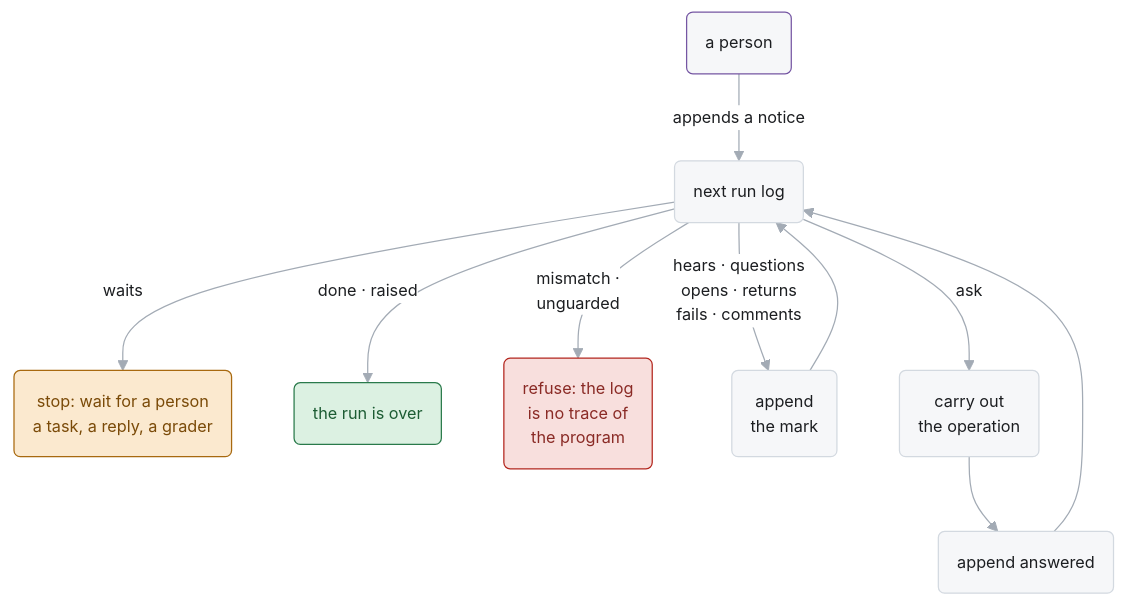
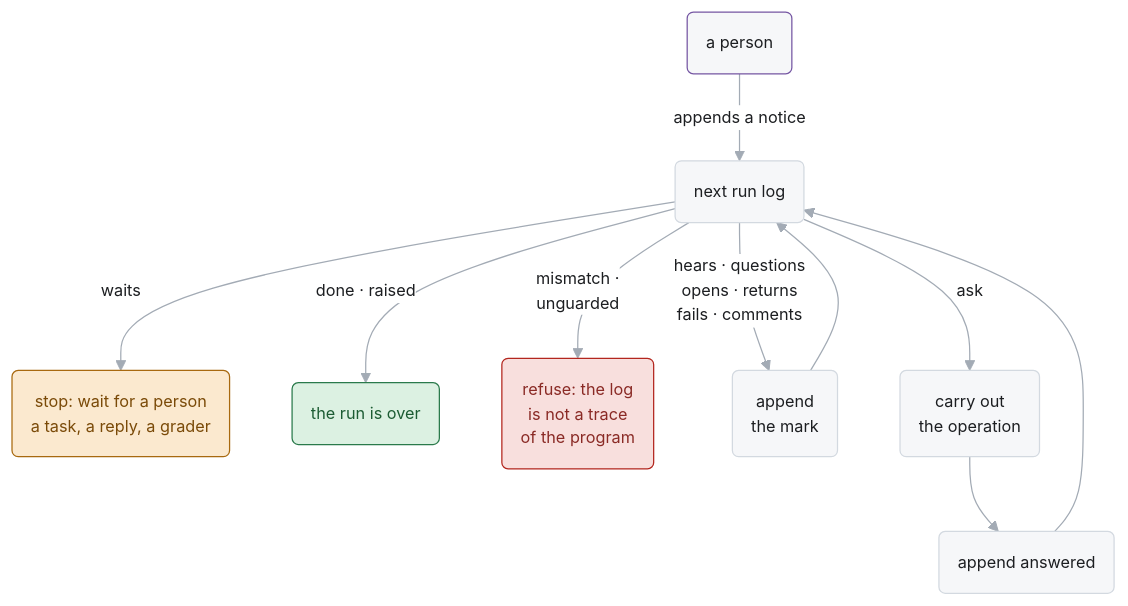
The third of 6 diagrams in docs/agent-api.md (pku-xht/alaya), drawn with Mermaid before and after one commit. The commit also changed other lines of this file, not shown here.

````diff
--- a/docs/agent-api.md
+++ b/docs/agent-api.md
@@ -390,18 +401,18 @@
 ```mermaid
 %%{init: {"theme": "base", "themeVariables": {"fontFamily": "BlinkMacSystemFont, Segoe UI, Helvetica, Arial", "fontSize": "13px", "primaryColor": "#f6f7f9", "primaryTextColor": "#1c1e21", "primaryBorderColor": "#d3d9e0", "lineColor": "#a3abb5", "textColor": "#6f7985", "edgeLabelBackground": "#ffffff", "clusterBkg": "#fafbfc", "clusterBorder": "#e3e6ea"}}}%%
 flowchart TD
   classDef notice stroke:#7556a3
   classDef ok fill:#dcf1e2,stroke:#2a7a4b,color:#1c5c33
   classDef bad fill:#f8dfdd,stroke:#b3261e,color:#8a2a25
   classDef wait fill:#fbe9cf,stroke:#a8690f,color:#7a4a08
 
   person("a person"):::notice -- "appends a notice" --> next("next run log")
   next -- "waits" --> waits("stop: wait for a person<br/>a task, a reply, a grader"):::wait
   next -- "done · raised" --> over("the run is over"):::ok
-  next -- "mismatch ·<br/>unguarded" --> refuse("refuse: the log<br/>is no trace of<br/>the program"):::bad
+  next -- "mismatch ·<br/>unguarded" --> refuse("refuse: the log<br/>is not a trace<br/>of the program"):::bad
   next -- "hears · questions<br/>opens · returns<br/>fails · comments" --> mark("append<br/>the mark")
   mark --> next
   next -- "ask" --> act("carry out<br/>the operation") --> answered("append answered")
   answered --> next
   linkStyle default stroke-width:1px
 ```
````
